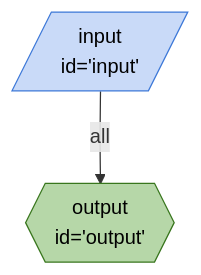
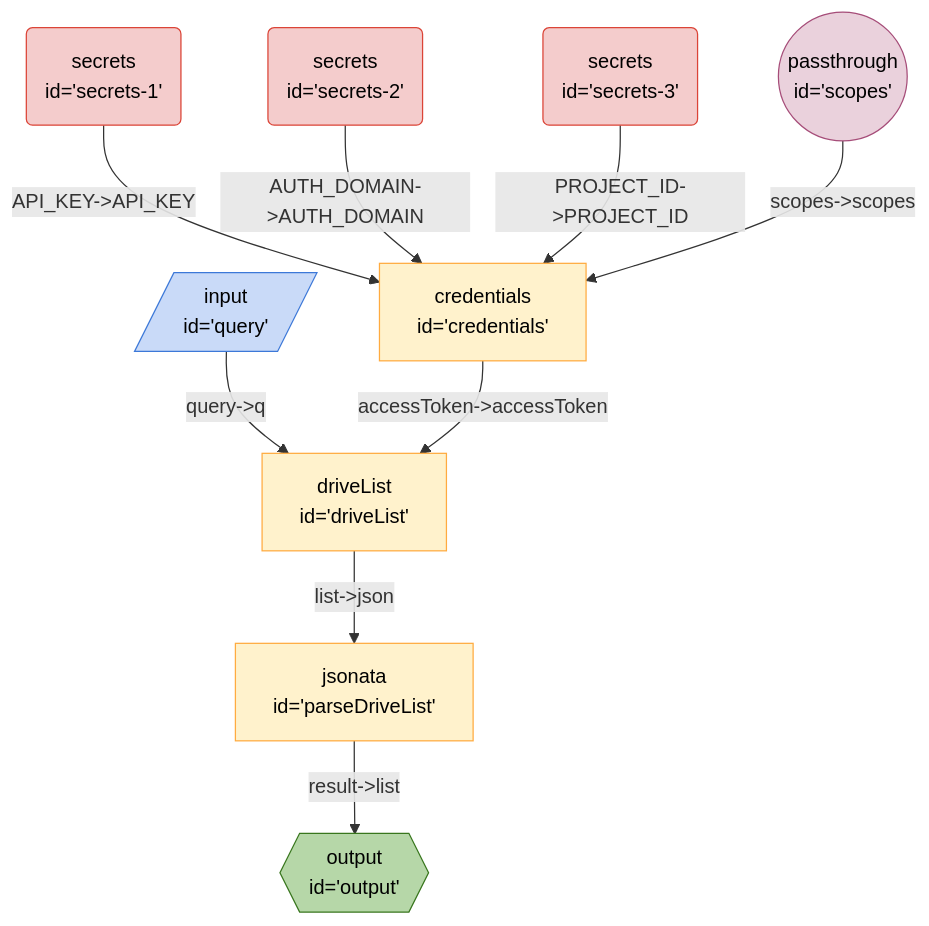
One commit to breadboard-ai/breadboard changed the diagram in seeds/breadboard-web/docs/graphs/list-files.md. Above: the diagram before and after it, drawn with Mermaid. The commit also changed 10 other files, not shown here.

````diff
--- a/seeds/breadboard-web/docs/graphs/list-files.md
+++ b/seeds/breadboard-web/docs/graphs/list-files.md
@@ -3,13 +3,20 @@
 ```mermaid
 %%{init: 'themeVariables': { 'fontFamily': 'Fira Code, monospace' }}%%
 graph TD;
-input[/"input <br> id='input'"/]:::input -- all --> output{{"output <br> id='output'"}}:::output
+secrets1("secrets <br> id='secrets-1'"):::secrets -- "API_KEY->API_KEY" --> credentials["credentials <br> id='credentials'"]
+secrets2("secrets <br> id='secrets-2'"):::secrets -- "AUTH_DOMAIN->AUTH_DOMAIN" --> credentials["credentials <br> id='credentials'"]
+secrets3("secrets <br> id='secrets-3'"):::secrets -- "PROJECT_ID->PROJECT_ID" --> credentials["credentials <br> id='credentials'"]
+scopes(("passthrough <br> id='scopes'")):::passthrough -- "scopes->scopes" --> credentials["credentials <br> id='credentials'"]
+query[/"input <br> id='query'"/]:::input -- "query->q" --> driveList["driveList <br> id='driveList'"]
+parseDriveList["jsonata <br> id='parseDriveList'"] -- "result->list" --> output{{"output <br> id='output'"}}:::output
+driveList["driveList <br> id='driveList'"] -- "list->json" --> parseDriveList["jsonata <br> id='parseDriveList'"]
+credentials["credentials <br> id='credentials'"] -- "accessToken->accessToken" --> driveList["driveList <br> id='driveList'"]
 classDef default stroke:#ffab40,fill:#fff2ccff,color:#000
 classDef input stroke:#3c78d8,fill:#c9daf8ff,color:#000
 classDef output stroke:#38761d,fill:#b6d7a8ff,color:#000
 classDef passthrough stroke:#a64d79,fill:#ead1dcff,color:#000
 classDef slot stroke:#a64d79,fill:#ead1dcff,color:#000
 classDef config stroke:#a64d79,fill:#ead1dcff,color:#000
 classDef secrets stroke:#db4437,fill:#f4cccc,color:#000
 classDef slotted stroke:#a64d79
 ```
````
